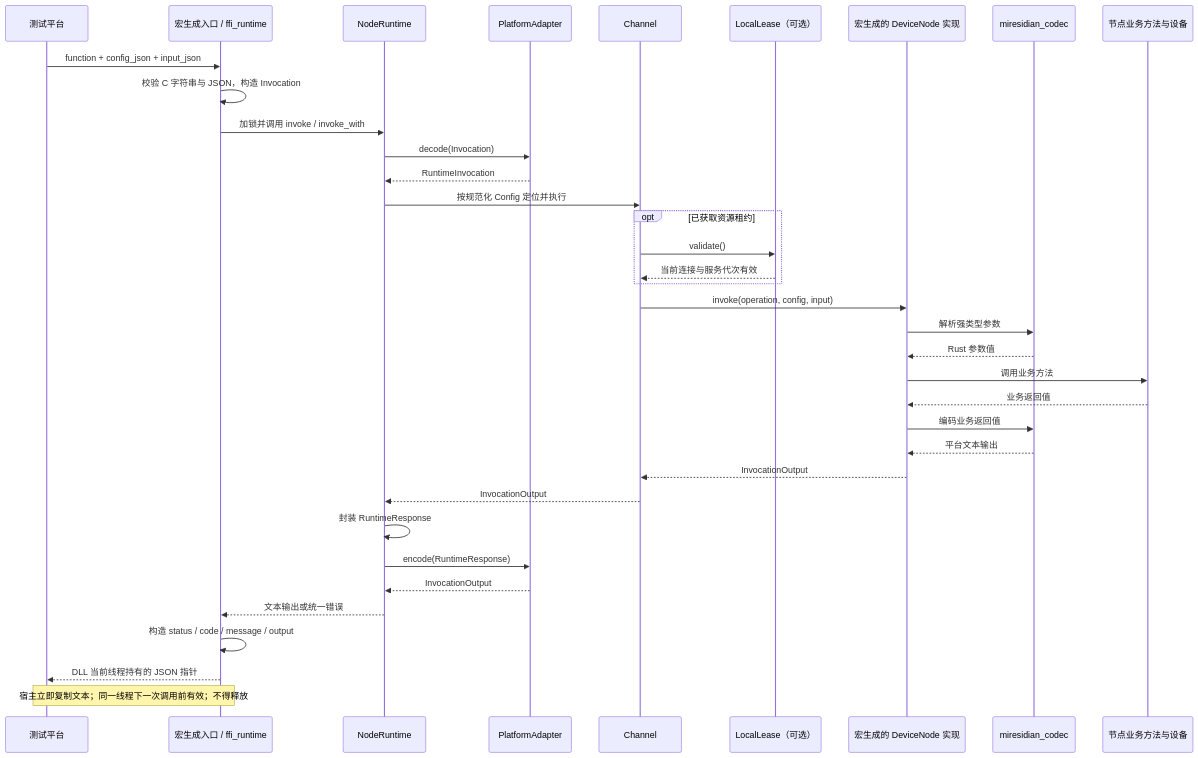
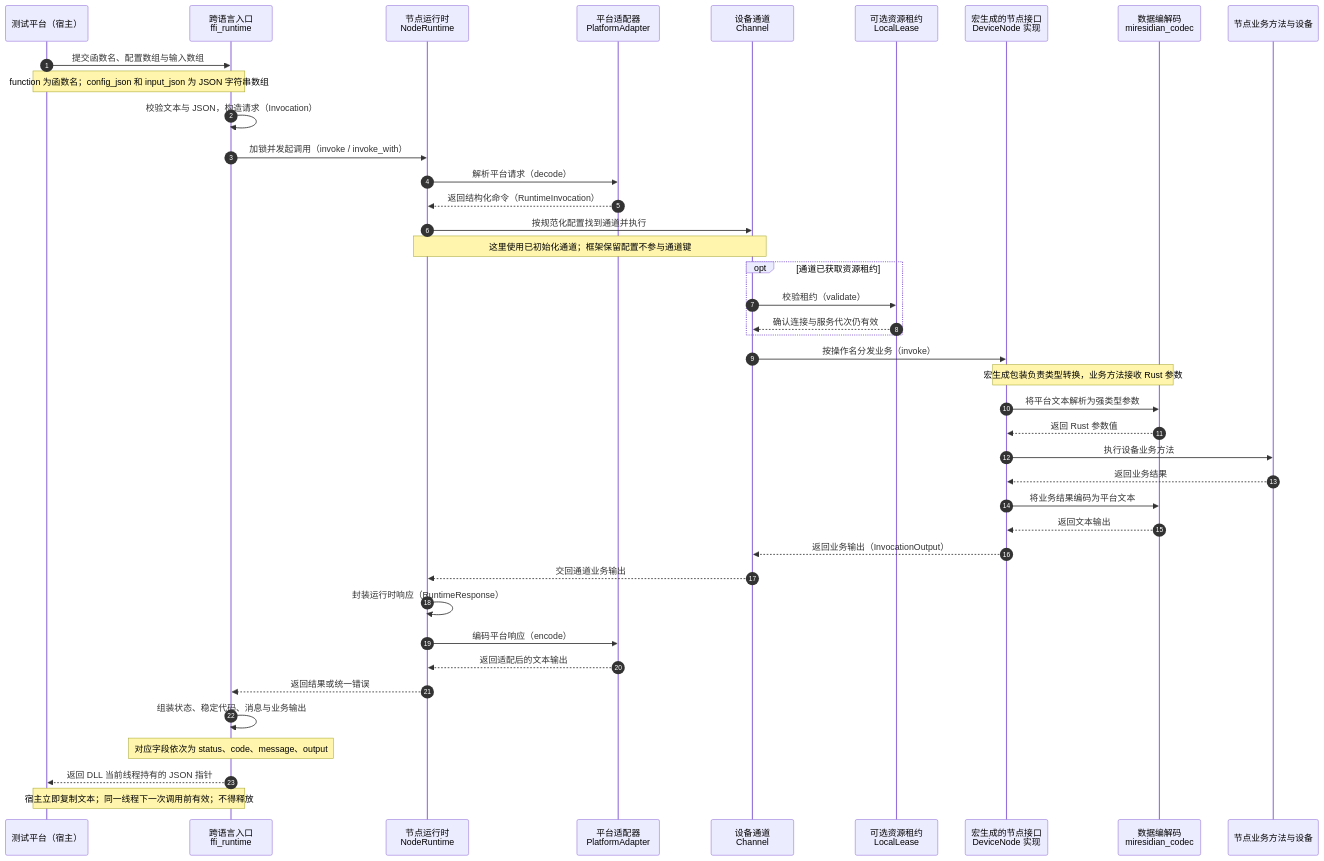
Before and after one commit to MyMires/miresidian: the third of 3 diagrams in docs/architecture.md, drawn with Mermaid. The commit also changed other lines of this file and 21 other files, not shown here.

First line of the commit message:
docs: 增加架构图中文注释并合并专题文档

````diff
--- a/docs/architecture.md
+++ b/docs/architecture.md
@@ -129,38 +150,43 @@
 ```mermaid
 sequenceDiagram
-    participant Host as 测试平台
-    participant FFI as 宏生成入口 / ffi_runtime
-    participant Runtime as NodeRuntime
-    participant Adapter as PlatformAdapter
-    participant Channel as Channel
-    participant Lease as LocalLease（可选）
-    participant Node as 宏生成的 DeviceNode 实现
-    participant Codec as miresidian_codec
+    autonumber
+    participant Host as 测试平台（宿主）
+    participant FFI as 跨语言入口<br/>ffi_runtime
+    participant Runtime as 节点运行时<br/>NodeRuntime
+    participant Adapter as 平台适配器<br/>PlatformAdapter
+    participant Channel as 设备通道<br/>Channel
+    participant Lease as 可选资源租约<br/>LocalLease
+    participant Node as 宏生成的节点接口<br/>DeviceNode 实现
+    participant Codec as 数据编解码<br/>miresidian_codec
     participant Device as 节点业务方法与设备
-    Host->>FFI: function + config_json + input_json
-    FFI->>FFI: 校验 C 字符串与 JSON，构造 Invocation
-    FFI->>Runtime: 加锁并调用 invoke / invoke_with
-    Runtime->>Adapter: decode(Invocation)
-    Adapter-->>Runtime: RuntimeInvocation
-    Runtime->>Channel: 按规范化 Config 定位并执行
-    opt 已获取资源租约
-        Channel->>Lease: validate()
-        Lease-->>Channel: 当前连接与服务代次有效
+    Host->>FFI: 提交函数名、配置数组与输入数组
+    Note over Host,FFI: function 为函数名；config_json 和 input_json 为 JSON 字符串数组
+    FFI->>FFI: 校验文本与 JSON，构造请求（Invocation）
+    FFI->>Runtime: 加锁并发起调用（invoke / invoke_with）
+    Runtime->>Adapter: 解析平台请求（decode）
+    Adapter-->>Runtime: 返回结构化命令（RuntimeInvocation）
+    Runtime->>Channel: 按规范化配置找到通道并执行
+    Note over Runtime,Channel: 这里使用已初始化通道；框架保留配置不参与通道键
+    opt 通道已获取资源租约
+        Channel->>Lease: 校验租约（validate）
+        Lease-->>Channel: 确认连接与服务代次仍有效
     end
-    Channel->>Node: invoke(operation, config, input)
-    Node->>Codec: 解析强类型参数
-    Codec-->>Node: Rust 参数值
-    Node->>Device: 调用业务方法
-    Device-->>Node: 业务返回值
-    Node->>Codec: 编码业务返回值
-    Codec-->>Node: 平台文本输出
-    Node-->>Channel: InvocationOutput
-    Channel-->>Runtime: InvocationOutput
-    Runtime->>Runtime: 封装 RuntimeResponse
-    Runtime->>Adapter: encode(RuntimeResponse)
-    Adapter-->>Runtime: InvocationOutput
-    Runtime-->>FFI: 文本输出或统一错误
-    FFI->>FFI: 构造 status / code / message / output
-    FFI-->>Host: DLL 当前线程持有的 JSON 指针
+    Channel->>Node: 按操作名分发业务（invoke）
+    Note over Node,Codec: 宏生成包装负责类型转换，业务方法接收 Rust 参数
+    Node->>Codec: 将平台文本解析为强类型参数
+    Codec-->>Node: 返回 Rust 参数值
+    Node->>Device: 执行设备业务方法
+    Device-->>Node: 返回业务结果
+    Node->>Codec: 将业务结果编码为平台文本
+    Codec-->>Node: 返回文本输出
+    Node-->>Channel: 返回业务输出（InvocationOutput）
+    Channel-->>Runtime: 交回通道业务输出
+    Runtime->>Runtime: 封装运行时响应（RuntimeResponse）
+    Runtime->>Adapter: 编码平台响应（encode）
+    Adapter-->>Runtime: 返回适配后的文本输出
+    Runtime-->>FFI: 返回结果或统一错误
+    FFI->>FFI: 组装状态、稳定代码、消息与业务输出
+    Note over FFI: 对应字段依次为 status、code、message、output
+    FFI-->>Host: 返回 DLL 当前线程持有的 JSON 指针
     Note over Host,FFI: 宿主立即复制文本；同一线程下一次调用前有效；不得释放
 ```
````
